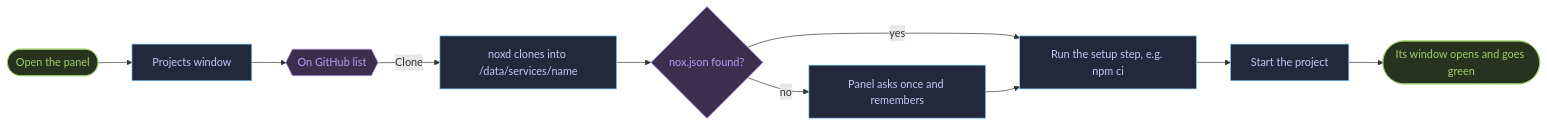
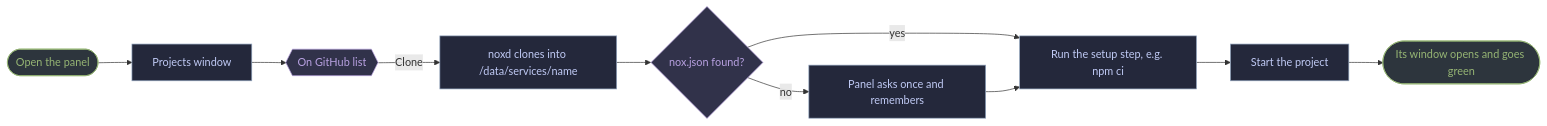
Before and after one commit to Kilo27/linux-nox: the second of 2 diagrams in README.md, drawn with Mermaid. The commit also changed other lines of this file and 10 other files, not shown here.

````diff
--- a/README.md
+++ b/README.md
@@ -168,19 +169,19 @@
 ```mermaid
 flowchart LR
     A(["Open the panel"]) --> B["Projects window"]
     B --> C{{"On GitHub list"}}
     C -->|Clone| D["noxd clones into /data/services/name"]
     D --> E{"nox.json found?"}
     E -->|yes| F["Run the setup step, e.g. npm ci"]
     E -->|no| G["Panel asks once and remembers"]
     G --> F
     F --> H["Start the project"]
     H --> I(["Its window opens and goes green"])
 
-    classDef step fill:#24283b,stroke:#7dcfff,color:#c0caf5
-    classDef fork fill:#3b2f4d,stroke:#bb9af7,color:#bb9af7
-    classDef done fill:#26331f,stroke:#9ece6a,color:#9ece6a
+    classDef step fill:#24283b,stroke:#8fa2bc,color:#c0caf5
+    classDef fork fill:#31324a,stroke:#b8a1e1,color:#b8a1e1
+    classDef done fill:#2d353d,stroke:#96b574,color:#96b574
     class B,D,F,G,H step
     class C,E fork
     class A,I done
 ```
````
